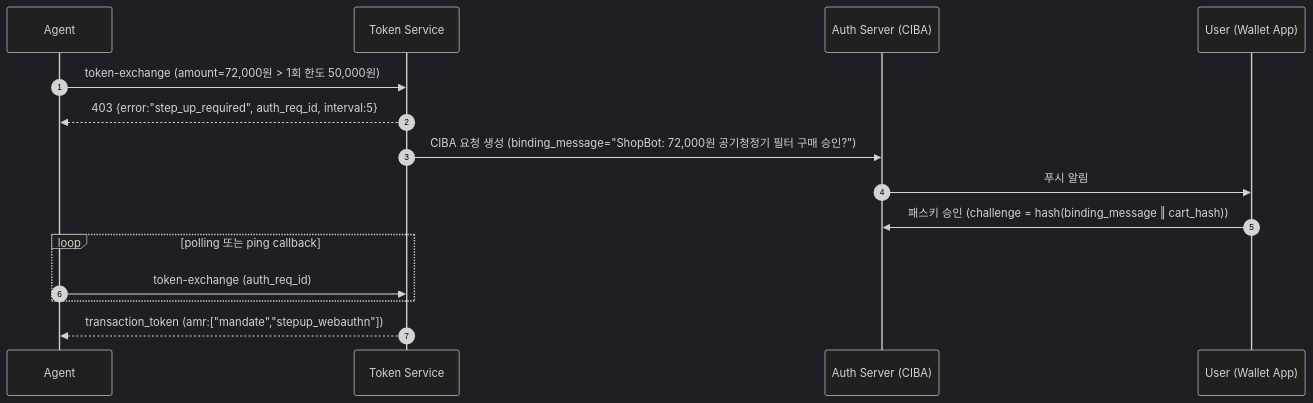
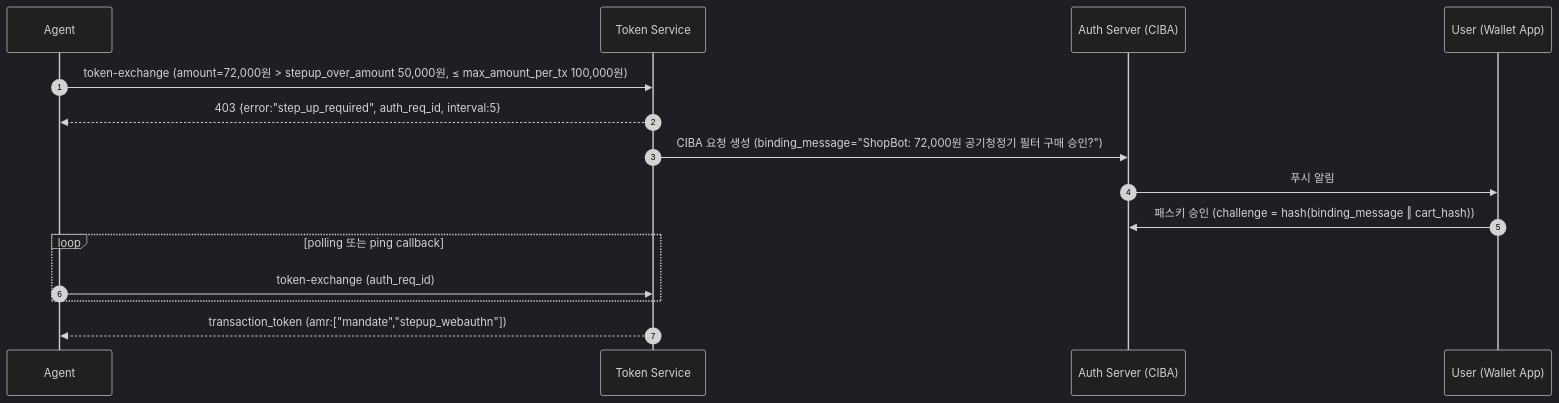
Before and after one commit to naeul-lee/naeul-lee.github.io: the fourth of 6 diagrams in agent-commerce-auth/docs/03-architecture/sequence-diagrams.md, drawn with Mermaid (dark theme). The commit also changed other lines of this file and 15 other files, not shown here.

````diff
--- a/agent-commerce-auth/docs/03-architecture/sequence-diagrams.md
+++ b/agent-commerce-auth/docs/03-architecture/sequence-diagrams.md
@@ -72,17 +72,17 @@
 ```mermaid
 sequenceDiagram
   autonumber
   participant AG as Agent
   participant TS as Token Service
   participant AS as Auth Server (CIBA)
   participant U as User (Wallet App)
-  AG->>TS: token-exchange (amount=72,000원 > 1회 한도 50,000원)
+  AG->>TS: token-exchange (amount=72,000원 > stepup_over_amount 50,000원, ≤ max_amount_per_tx 100,000원)
   TS-->>AG: 403 {error:"step_up_required", auth_req_id, interval:5}
   TS->>AS: CIBA 요청 생성 (binding_message="ShopBot: 72,000원 공기청정기 필터 구매 승인?")
   AS->>U: 푸시 알림
   U->>AS: 패스키 승인 (challenge = hash(binding_message ‖ cart_hash))
   loop polling 또는 ping callback
     AG->>TS: token-exchange (auth_req_id)
   end
   TS-->>AG: transaction_token (amr:["mandate","stepup_webauthn"])
 ```
````
